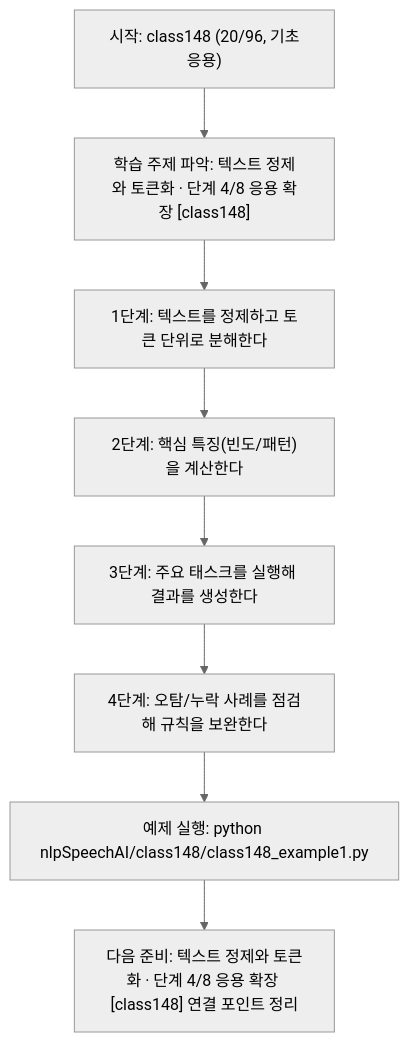
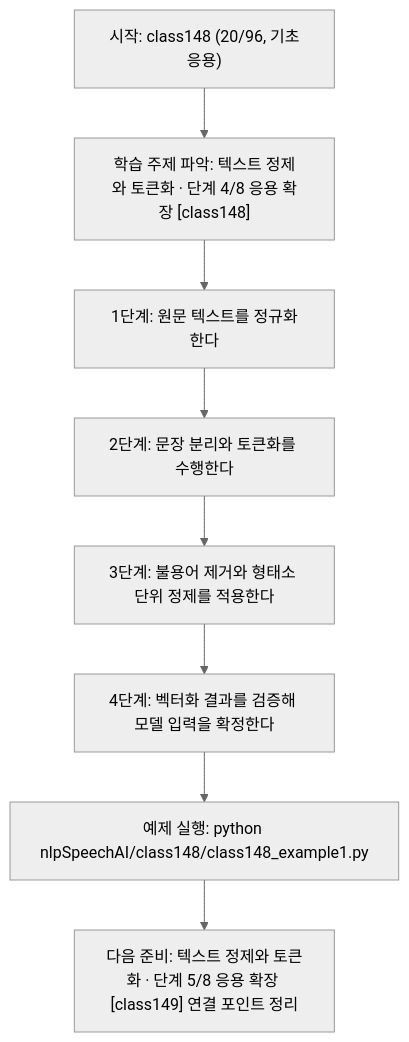
One commit to edumgt/Python-AI_Agent-Class changed the diagram in nlpSpeechAI/class148/class148.md. Above: the diagram before and after it, drawn with Mermaid (neutral theme). The commit also changed other lines of this file and 1122 other files, not shown here.

````diff
--- a/nlpSpeechAI/class148/class148.md
+++ b/nlpSpeechAI/class148/class148.md
@@ -114,18 +95,18 @@
 ```mermaid
 flowchart TD
 N1["시작: class148 (20/96, 기초응용)"]
 N2["학습 주제 파악: 텍스트 정제와 토큰화 · 단계 4/8 응용 확장 [class148]"]
-N3["1단계: 텍스트를 정제하고 토큰 단위로 분해한다"]
-N4["2단계: 핵심 특징(빈도/패턴)을 계산한다"]
-N5["3단계: 주요 태스크를 실행해 결과를 생성한다"]
-N6["4단계: 오탐/누락 사례를 점검해 규칙을 보완한다"]
+N3["1단계: 원문 텍스트를 정규화한다"]
+N4["2단계: 문장 분리와 토큰화를 수행한다"]
+N5["3단계: 불용어 제거와 형태소 단위 정제를 적용한다"]
+N6["4단계: 벡터화 결과를 검증해 모델 입력을 확정한다"]
 N7["예제 실행: python nlpSpeechAI/class148/class148_example1.py"]
-N8["다음 준비: 텍스트 정제와 토큰화 · 단계 4/8 응용 확장 [class148] 연결 포인트 정리"]
+N8["다음 준비: 텍스트 정제와 토큰화 · 단계 5/8 응용 확장 [class149] 연결 포인트 정리"]
 N1 --> N2
 N2 --> N3
 N3 --> N4
 N4 --> N5
 N5 --> N6
 N6 --> N7
 N7 --> N8
 ```
````
